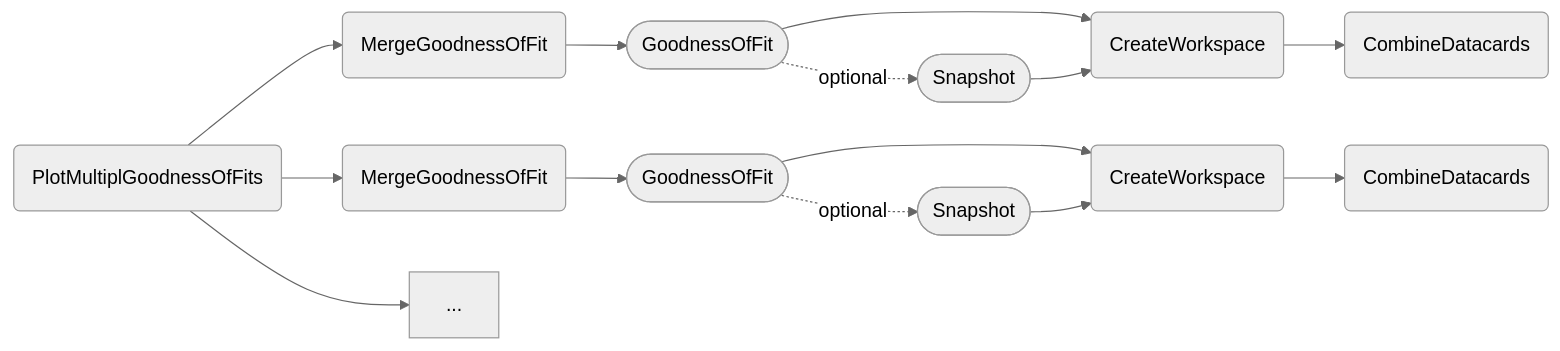
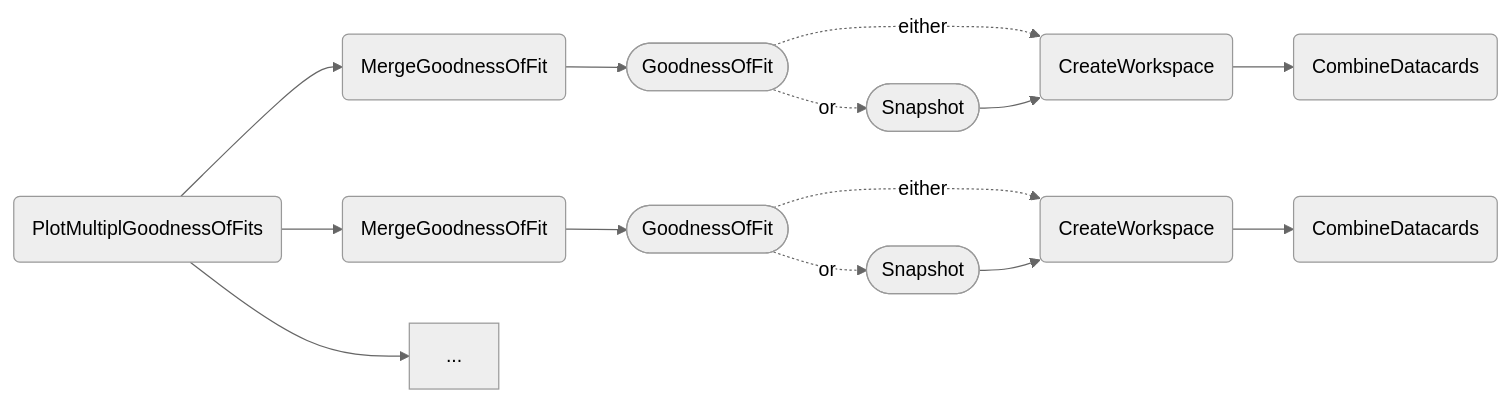
The second of 2 diagrams in docs/content/tasks/gof.md (cms-hh/inference_tools), drawn with Mermaid (neutral theme) before and after one commit. The commit also changed other lines of this file and 5 other files, not shown here.

````diff
--- a/docs/content/tasks/gof.md
+++ b/docs/content/tasks/gof.md
@@ -120,16 +120,16 @@
 ```mermaid
 graph LR;
     A(PlotMultiplGoodnessOfFits) --> B1(MergeGoodnessOfFit);
     A --> B2(MergeGoodnessOfFit);
     A --> ...;
     B1 --> C1([GoodnessOfFit]);
     B2 --> C2([GoodnessOfFit]);
-    C1 --> D1(CreateWorkspace);
-    C2 --> D2(CreateWorkspace);
+    C1 -. either .-> D1(CreateWorkspace);
+    C2 -. either .-> D2(CreateWorkspace);
     D1 --> E1(CombineDatacards);
     D2 --> E2(CombineDatacards);
-    C1 -. optional .-> F1([Snapshot]);
-    C2 -. optional .-> F2([Snapshot]);
+    C1 -. or .-> F1([Snapshot]);
+    C2 -. or .-> F2([Snapshot]);
     F1 --> D1;
     F2 --> D2;
 ```
````
